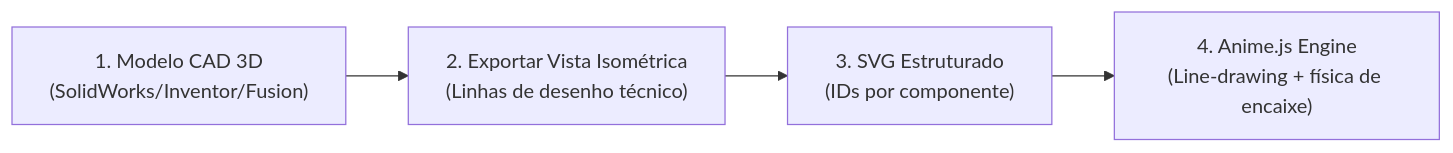
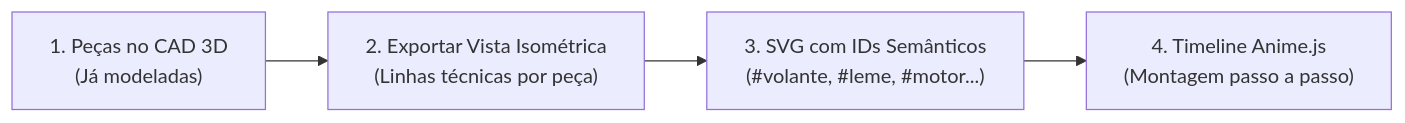
The diagram in Telemetria_2027/README.md (eliasdopontiac/telemetria-leviata), drawn with Mermaid before and after one commit. The commit also changed other lines of this file and 3 other files, not shown here.

````diff
--- a/Telemetria_2027/README.md
+++ b/Telemetria_2027/README.md
@@ -29,6 +22,6 @@
 ```mermaid
 flowchart LR
-    CAD["1. Modelo CAD 3D\n(SolidWorks/Inventor/Fusion)"] --> Export["2. Exportar Vista Isométrica\n(Linhas de desenho técnico)"]
-    Export --> SVG["3. SVG Estruturado\n(IDs por componente)"]
-    SVG --> Anime["4. Anime.js Engine\n(Line-drawing + física de encaixe)"]
+    CAD["1. Peças no CAD 3D\n(Já modeladas)"] --> Export["2. Exportar Vista Isométrica\n(Linhas técnicas por peça)"]
+    Export --> SVG["3. SVG com IDs Semânticos\n(#volante, #leme, #motor...)"]
+    SVG --> Anime["4. Timeline Anime.js\n(Montagem passo a passo)"]
 ```
````
